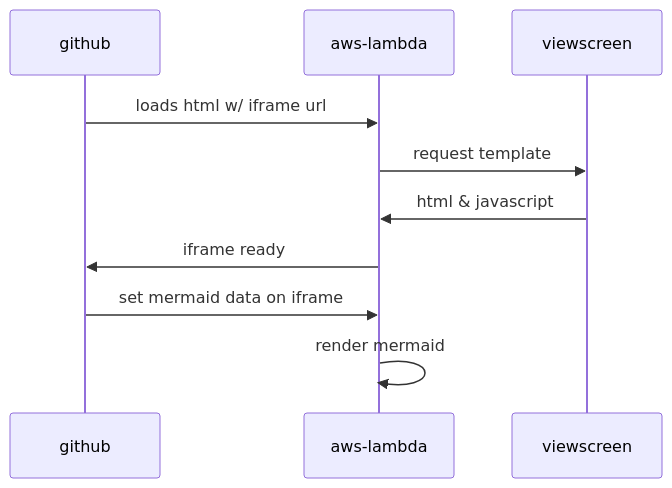
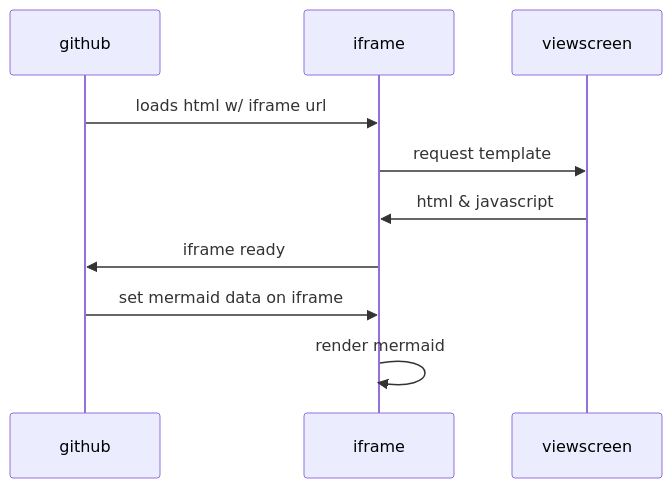
Before and after one commit to arpan-skilljar/testrepo: the diagram in diagram.md, drawn with Mermaid.

Commit message:
fix diagram - try small change

````diff
--- a/diagram.md
+++ b/diagram.md
@@ -1,12 +1,12 @@
 ```mermaid
 sequenceDiagram
     participant github
-    participant aws-lambda
+    participant iframe
     participant viewscreen
-    github->>aws-lambda: loads html w/ iframe url
-    aws-lambda->>viewscreen: request template
-    viewscreen->>aws-lambda: html & javascript
-    aws-lambda->>github: iframe ready
-    github->>aws-lambda: set mermaid data on iframe
-    aws-lambda->>aws-lambda: render mermaid
+    github->>iframe: loads html w/ iframe url
+    iframe->>viewscreen: request template
+    viewscreen->>iframe: html & javascript
+    iframe->>github: iframe ready
+    github->>iframe: set mermaid data on iframe
+    iframe->>iframe: render mermaid
 ```
````
